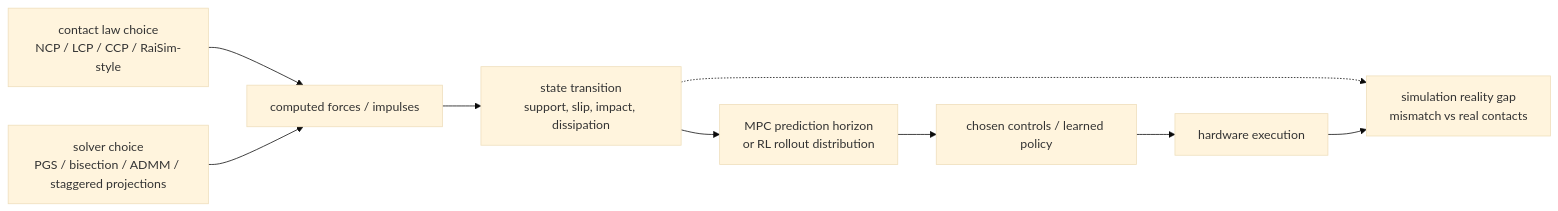
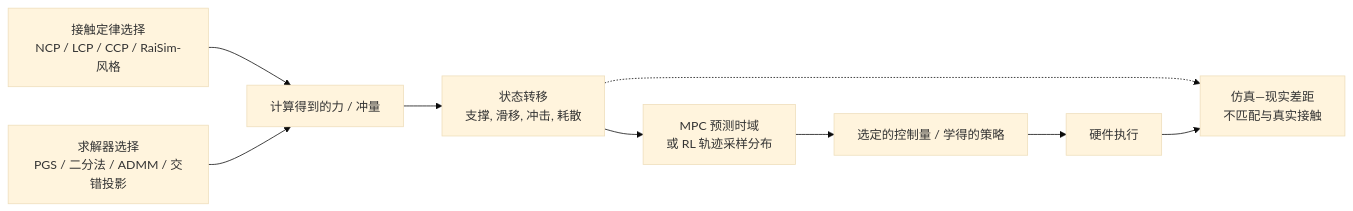
Before and after one commit to niuverse/llm-wiki: the diagram in wiki/concepts/SimulationRealityGap.md, drawn with Mermaid (base theme). The commit also changed other lines of this file and 123 other files, not shown here.

````diff
--- a/wiki/concepts/SimulationRealityGap.md
+++ b/wiki/concepts/SimulationRealityGap.md
@@ -22,11 +22,11 @@
 ```mermaid
 flowchart LR
-  A["contact law choice<br/>NCP / LCP / CCP / RaiSim-style"] --> C["computed forces / impulses"]
-  B["solver choice<br/>PGS / bisection / ADMM / staggered projections"] --> C
-  C --> D["state transition<br/>support, slip, impact, dissipation"]
-  D --> E["MPC prediction horizon<br/>or RL rollout distribution"]
-  E --> F["chosen controls / learned policy"]
-  F --> G["hardware execution"]
-  D -.-> H["simulation reality gap<br/>mismatch vs real contacts"]
+  A["接触定律选择<br/>NCP / LCP / CCP / RaiSim-风格"] --> C["计算得到的力 / 冲量"]
+  B["求解器选择<br/>PGS / 二分法 / ADMM / 交错投影"] --> C
+  C --> D["状态转移<br/>支撑, 滑移, 冲击, 耗散"]
+  D --> E["MPC 预测时域<br/>或 RL 轨迹采样分布"]
+  E --> F["选定的控制量 / 学得的策略"]
+  F --> G["硬件执行"]
+  D -.-> H["仿真—现实差距<br/>不匹配与真实接触"]
   G --> H
 ```
````
